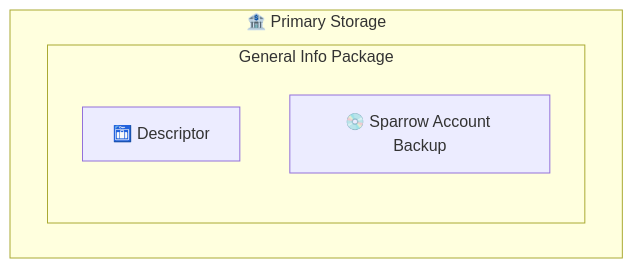
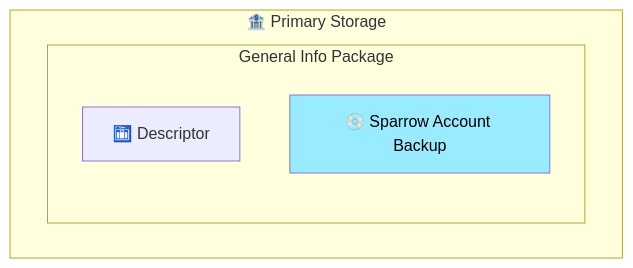
Before and after one commit to BlockchainCommons/SmartCustody: diagram 36 of 44 in Docs/Scenario-Multisig.md, drawn with Mermaid. The commit also changed other lines of this file, not shown here.

````diff
--- a/Docs/Scenario-Multisig.md
+++ b/Docs/Scenario-Multisig.md
@@ -1049,9 +1049,10 @@
 ```mermaid
     graph TD
     subgraph primary["🏦 Primary Storage"]
       subgraph "General Info Package"
       C["🛅 Descriptor"]
       D["💿 Sparrow Account Backup"]
       end
+      style D color:#000,fill:#99ebff;
     end
 ```
````
